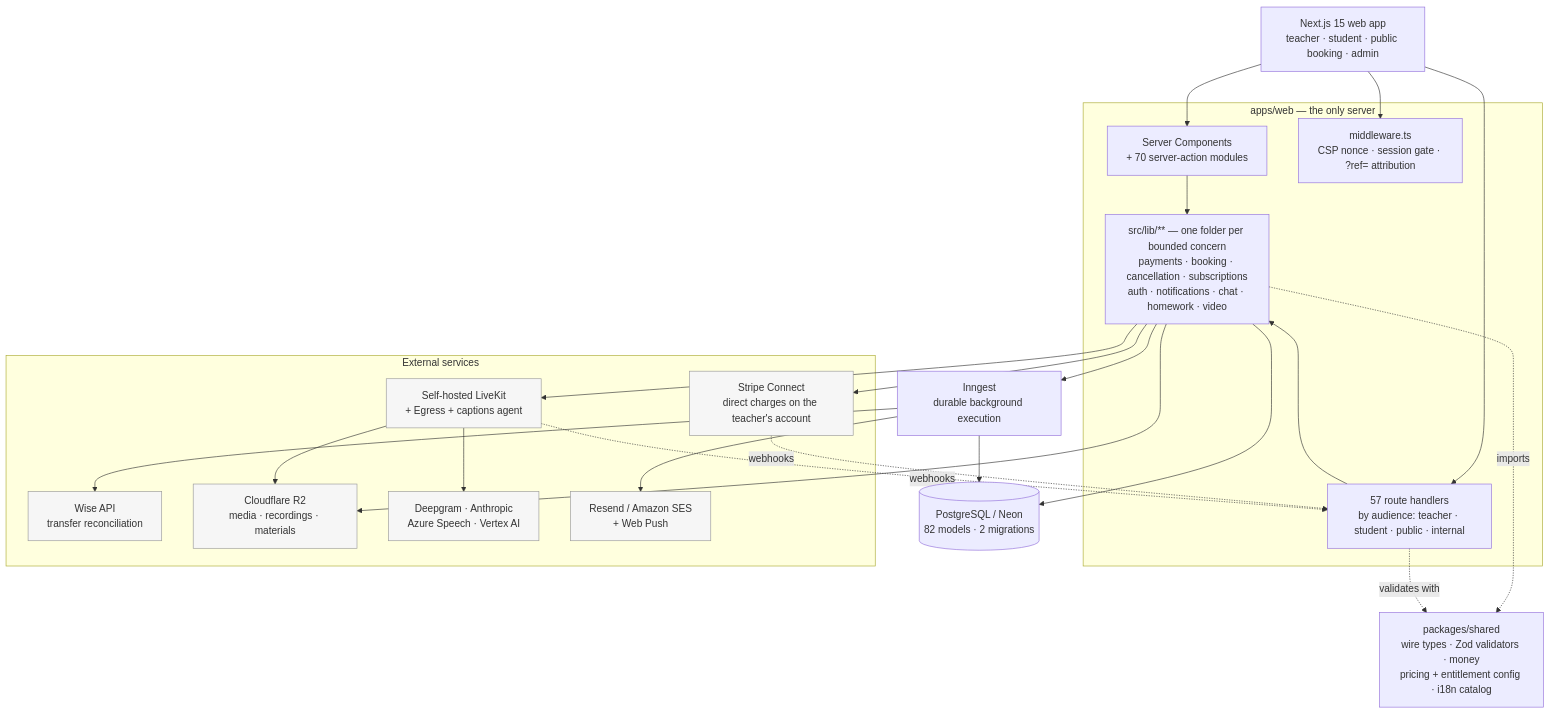
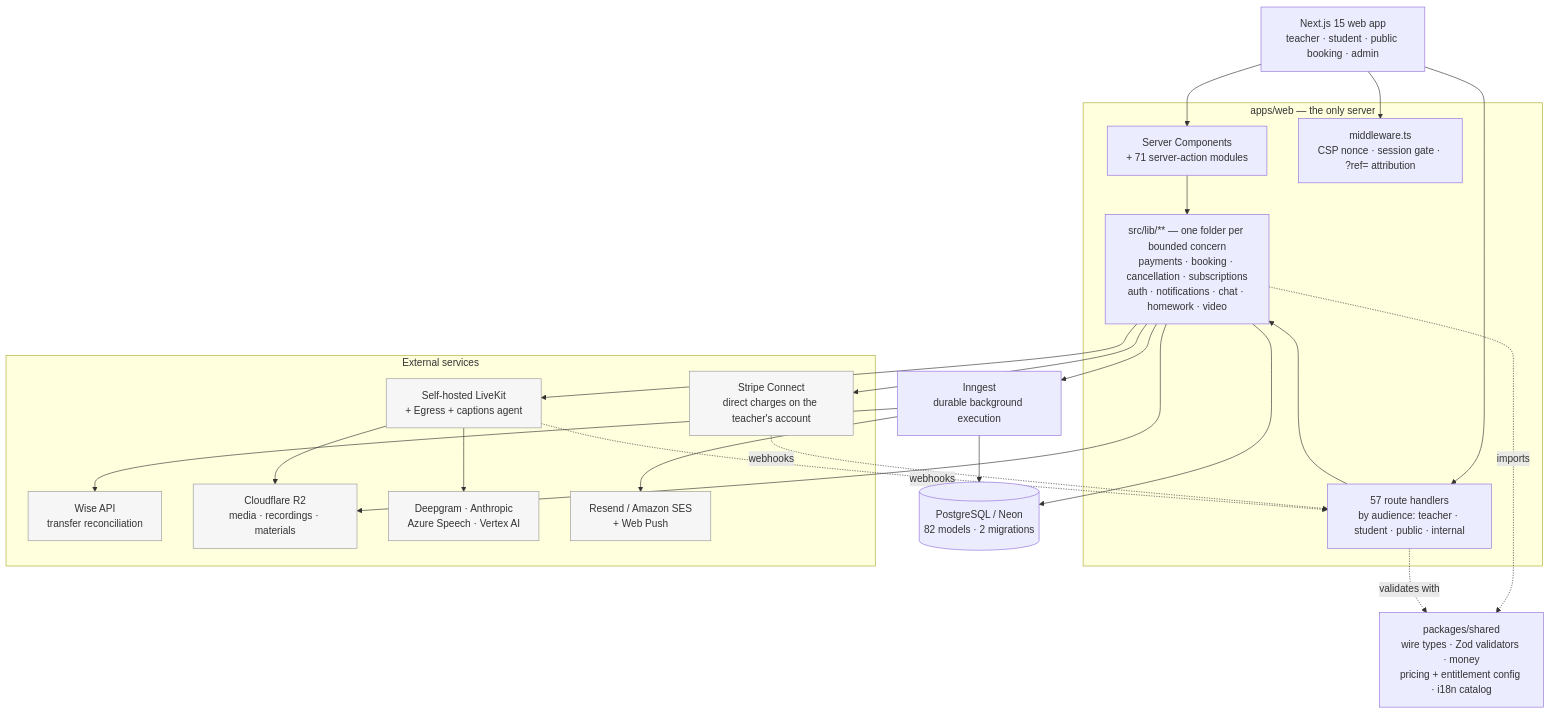
Before and after one commit to jaystewartuk/spiralclass: the first of 2 diagrams in README.md, drawn with Mermaid. The commit also changed other lines of this file and 21 other files, not shown here.

````diff
--- a/README.md
+++ b/README.md
@@ -131,48 +131,48 @@
 ```mermaid
 graph TB
     WEB["Next.js 15 web app<br/>teacher · student · public booking · admin"]
 
     subgraph app["apps/web — the only server"]
-        RSC["Server Components<br/>+ 70 server-action modules"]
+        RSC["Server Components<br/>+ 71 server-action modules"]
         API["57 route handlers<br/>by audience: teacher · student · public · internal"]
         MW["middleware.ts<br/>CSP nonce · session gate · ?ref= attribution"]
         LIB["src/lib/** — one folder per bounded concern<br/>payments · booking · cancellation · subscriptions<br/>auth · notifications · chat · homework · video"]
     end
 
     SH["packages/shared<br/>wire types · Zod validators · money<br/>pricing + entitlement config · i18n catalog"]
 
     DB[("PostgreSQL / Neon<br/>82 models · 2 migrations")]
     JOBS["Inngest<br/>durable background execution"]
 
     subgraph external["External services"]
         STRIPE["Stripe Connect<br/>direct charges on the teacher's account"]
         WISE["Wise API<br/>transfer reconciliation"]
         LK["Self-hosted LiveKit<br/>+ Egress + captions agent"]
         R2["Cloudflare R2<br/>media · recordings · materials"]
         AI["Deepgram · Anthropic<br/>Azure Speech · Vertex AI"]
         MAIL["Resend / Amazon SES<br/>+ Web Push"]
     end
 
     WEB --> MW
     WEB --> RSC
     WEB --> API
     RSC --> LIB
     API --> LIB
     LIB --> DB
     LIB --> JOBS
     JOBS --> DB
     JOBS --> MAIL
     LIB --> STRIPE
     JOBS --> WISE
     LIB --> LK
     LK --> R2
     LK --> AI
     LIB --> R2
     LIB -.imports.-> SH
     API -.validates with.-> SH
     STRIPE -.webhooks.-> API
     LK -.webhooks.-> API
 
     classDef ext fill:#f6f6f6,stroke:#999,color:#333
     class STRIPE,WISE,LK,R2,AI,MAIL ext
 ```
````
